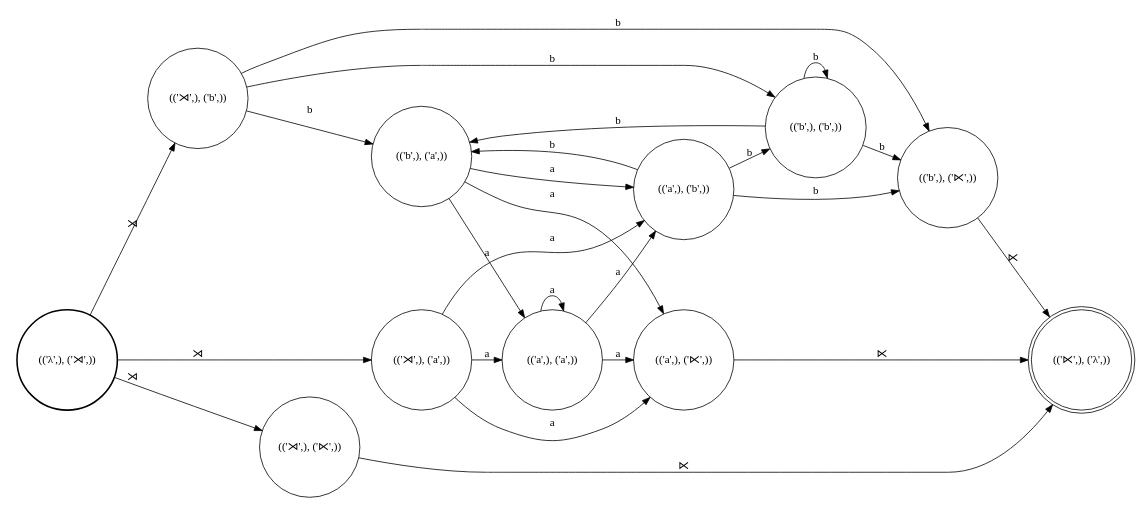
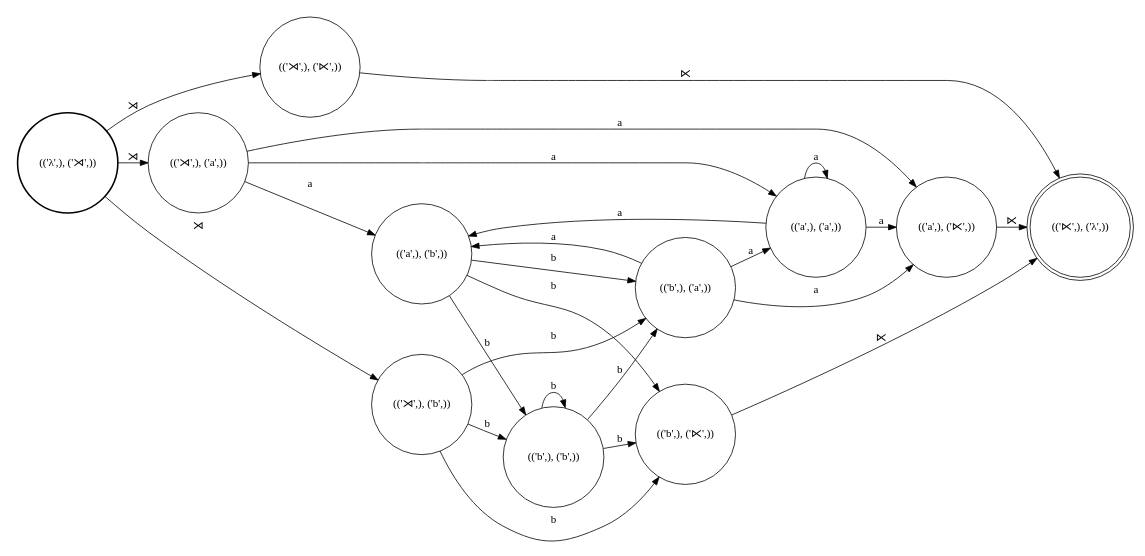
The diagram in demo/LR.dot (colincwilson/wynini), drawn with Graphviz before and after one commit. The commit also changed 7 other files, not shown here.

```diff
--- a/demo/LR.dot
+++ b/demo/LR.dot
@@ -1,43 +1,43 @@
 digraph FST {
 rankdir = LR;
 size = "8.5,11";
 center = 1;
 orientation = Portrait;
 ranksep = "0.4";
 nodesep = "0.25";
 0 [label = "(('λ',), ('⋊',))", shape = circle, style = bold, fontsize = 14]
 	0 -> 1 [label = "⋊", fontsize = 14];
 	0 -> 2 [label = "⋊", fontsize = 14];
 	0 -> 3 [label = "⋊", fontsize = 14];
-1 [label = "(('⋊',), ('b',))", shape = circle, style = solid, fontsize = 14]
-	1 -> 7 [label = "b", fontsize = 14];
-	1 -> 8 [label = "b", fontsize = 14];
-	1 -> 9 [label = "b", fontsize = 14];
+1 [label = "(('⋊',), ('⋉',))", shape = circle, style = solid, fontsize = 14]
+	1 -> 7 [label = "⋉", fontsize = 14];
 2 [label = "(('⋊',), ('a',))", shape = circle, style = solid, fontsize = 14]
 	2 -> 4 [label = "a", fontsize = 14];
 	2 -> 5 [label = "a", fontsize = 14];
 	2 -> 6 [label = "a", fontsize = 14];
-3 [label = "(('⋊',), ('⋉',))", shape = circle, style = solid, fontsize = 14]
-	3 -> 10 [label = "⋉", fontsize = 14];
+3 [label = "(('⋊',), ('b',))", shape = circle, style = solid, fontsize = 14]
+	3 -> 8 [label = "b", fontsize = 14];
+	3 -> 9 [label = "b", fontsize = 14];
+	3 -> 10 [label = "b", fontsize = 14];
 4 [label = "(('a',), ('⋉',))", shape = circle, style = solid, fontsize = 14]
-	4 -> 10 [label = "⋉", fontsize = 14];
-5 [label = "(('a',), ('a',))", shape = circle, style = solid, fontsize = 14]
-	5 -> 4 [label = "a", fontsize = 14];
-	5 -> 5 [label = "a", fontsize = 14];
-	5 -> 6 [label = "a", fontsize = 14];
-6 [label = "(('a',), ('b',))", shape = circle, style = solid, fontsize = 14]
-	6 -> 7 [label = "b", fontsize = 14];
-	6 -> 8 [label = "b", fontsize = 14];
-	6 -> 9 [label = "b", fontsize = 14];
-7 [label = "(('b',), ('⋉',))", shape = circle, style = solid, fontsize = 14]
-	7 -> 10 [label = "⋉", fontsize = 14];
-8 [label = "(('b',), ('a',))", shape = circle, style = solid, fontsize = 14]
-	8 -> 4 [label = "a", fontsize = 14];
-	8 -> 5 [label = "a", fontsize = 14];
-	8 -> 6 [label = "a", fontsize = 14];
+	4 -> 7 [label = "⋉", fontsize = 14];
+5 [label = "(('a',), ('b',))", shape = circle, style = solid, fontsize = 14]
+	5 -> 8 [label = "b", fontsize = 14];
+	5 -> 9 [label = "b", fontsize = 14];
+	5 -> 10 [label = "b", fontsize = 14];
+6 [label = "(('a',), ('a',))", shape = circle, style = solid, fontsize = 14]
+	6 -> 4 [label = "a", fontsize = 14];
+	6 -> 5 [label = "a", fontsize = 14];
+	6 -> 6 [label = "a", fontsize = 14];
+7 [label = "(('⋉',), ('λ',))", shape = doublecircle, style = solid, fontsize = 14]
+8 [label = "(('b',), ('⋉',))", shape = circle, style = solid, fontsize = 14]
+	8 -> 7 [label = "⋉", fontsize = 14];
 9 [label = "(('b',), ('b',))", shape = circle, style = solid, fontsize = 14]
-	9 -> 7 [label = "b", fontsize = 14];
 	9 -> 8 [label = "b", fontsize = 14];
 	9 -> 9 [label = "b", fontsize = 14];
-10 [label = "(('⋉',), ('λ',))", shape = doublecircle, style = solid, fontsize = 14]
+	9 -> 10 [label = "b", fontsize = 14];
+10 [label = "(('b',), ('a',))", shape = circle, style = solid, fontsize = 14]
+	10 -> 4 [label = "a", fontsize = 14];
+	10 -> 5 [label = "a", fontsize = 14];
+	10 -> 6 [label = "a", fontsize = 14];
 }
```
